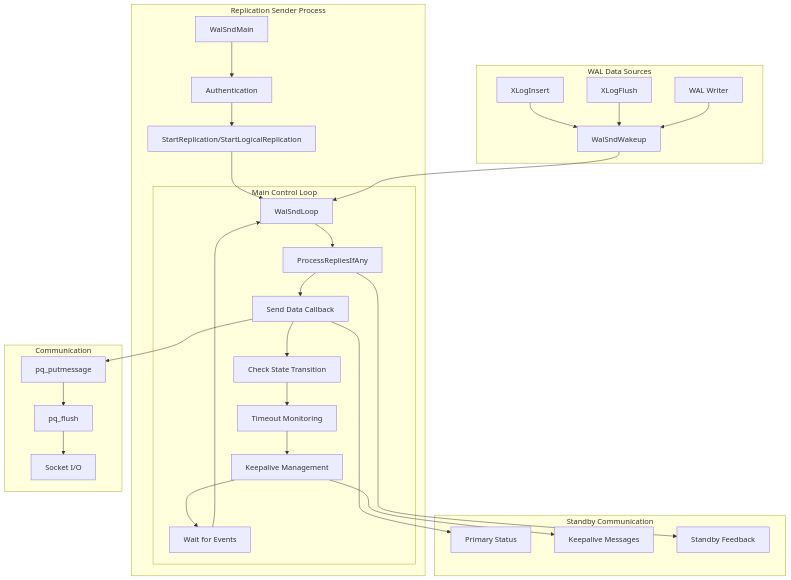
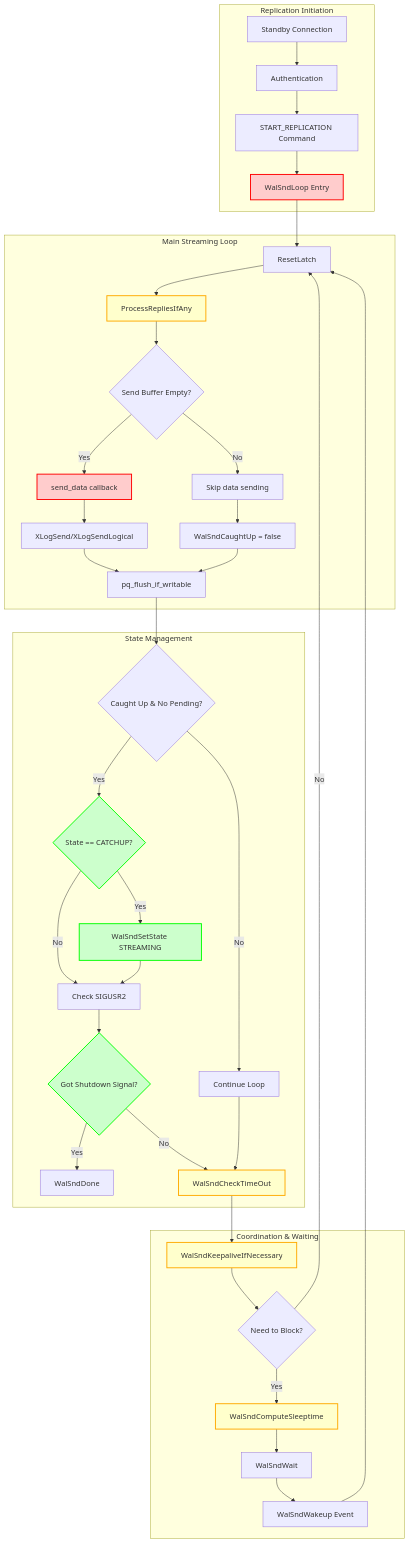
The first of 2 diagrams in topic_specific_generated_docs/about_wal/component_replication_sender.md (ryogrid/create_pg_super_document), drawn with Mermaid before and after one commit. The commit also changed other lines of this file and 34 other files, not shown here.

````diff
--- a/topic_specific_generated_docs/about_wal/component_replication_sender.md
+++ b/topic_specific_generated_docs/about_wal/component_replication_sender.md
@@ -17,45 +18,51 @@
 ```mermaid
 graph TB
-    subgraph "Replication Sender Process"
-        A[WalSndMain] --> B[Authentication]
-        B --> C[StartReplication/StartLogicalReplication]
-        C --> D[WalSndLoop]
-
-        subgraph "Main Control Loop"
-            D --> E[ProcessRepliesIfAny]
-            E --> F[Send Data Callback]
-            F --> G[Check State Transition]
-            G --> H[Timeout Monitoring]
-            H --> I[Keepalive Management]
-            I --> J[Wait for Events]
-            J --> D
-        end
+    subgraph "Replication Initiation"
+        A[Standby Connection] --> B[Authentication]
+        B --> C[START_REPLICATION Command]
+        C --> D[WalSndLoop Entry]
     end
 
-    subgraph "WAL Data Sources"
-        K[XLogInsert] --> L[WalSndWakeup]
-        M[XLogFlush] --> L
-        N[WAL Writer] --> L
+    subgraph "Main Streaming Loop"
+        D --> E[ResetLatch]
+        E --> F[ProcessRepliesIfAny]
+        F --> G{Send Buffer Empty?}
+        G -->|Yes| H[send_data callback]
+        G -->|No| I[Skip data sending]
+        H --> J[XLogSend/XLogSendLogical]
+        I --> K[WalSndCaughtUp = false]
+        J --> L[pq_flush_if_writable]
+        K --> L
     end
 
-    subgraph "Communication"
-        O[pq_putmessage]
-        P[pq_flush]
-        Q[Socket I/O]
+    subgraph "State Management"
+        L --> M{Caught Up & No Pending?}
+        M -->|Yes| N{State == CATCHUP?}
+        N -->|Yes| O[WalSndSetState STREAMING]
+        N -->|No| P[Check SIGUSR2]
+        M -->|No| Q[Continue Loop]
+        O --> P
+        P --> R{Got Shutdown Signal?}
+        R -->|Yes| S[WalSndDone]
+        R -->|No| T[WalSndCheckTimeOut]
     end
 
-    subgraph "Standby Communication"
-        R[Primary Status]
-        S[Keepalive Messages]
-        T[Standby Feedback]
+    subgraph "Coordination & Waiting"
+        T --> U[WalSndKeepaliveIfNecessary]
+        U --> V{Need to Block?}
+        V -->|Yes| W[WalSndComputeSleeptime]
+        W --> X[WalSndWait]
+        X --> Y[WalSndWakeup Event]
+        Y --> E
+        V -->|No| E
+        Q --> T
     end
 
-    L --> D
-    F --> O
-    O --> P
-    P --> Q
+    classDef critical fill:#ffcccc,stroke:#ff0000,stroke-width:2px
+    classDef state fill:#ccffcc,stroke:#00ff00,stroke-width:2px
+    classDef coordination fill:#ffffcc,stroke:#ffaa00,stroke-width:2px
 
-    E --> T
-    I --> S
-    F --> R
+    class D,H,O critical
+    class N,O,R state
+    class F,T,U,W coordination
 ```
````
